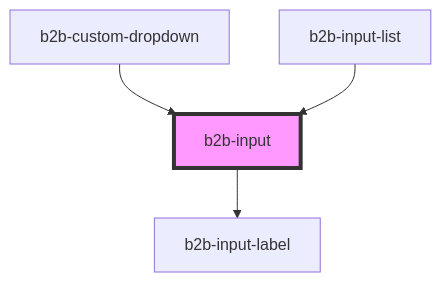
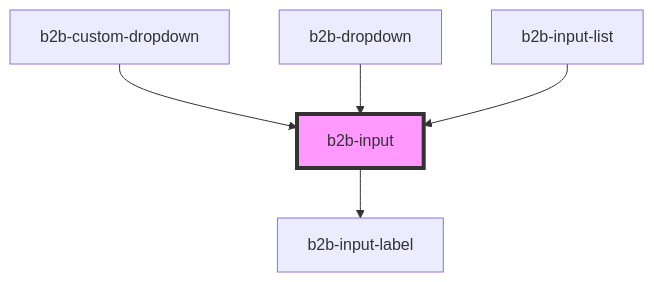
The diagram in packages/core-components/src/components/input/readme.md (otto-de/b2b-design-system), drawn with Mermaid before and after one commit. The commit also changed other lines of this file and 4 other files, not shown here.

````diff
--- a/packages/core-components/src/components/input/readme.md
+++ b/packages/core-components/src/components/input/readme.md
@@ -75,7 +76,8 @@
 ```mermaid
 graph TD;
   b2b-input --> b2b-input-label
   b2b-custom-dropdown --> b2b-input
+  b2b-dropdown --> b2b-input
   b2b-input-list --> b2b-input
   style b2b-input fill:#f9f,stroke:#333,stroke-width:4px
 ```
````
